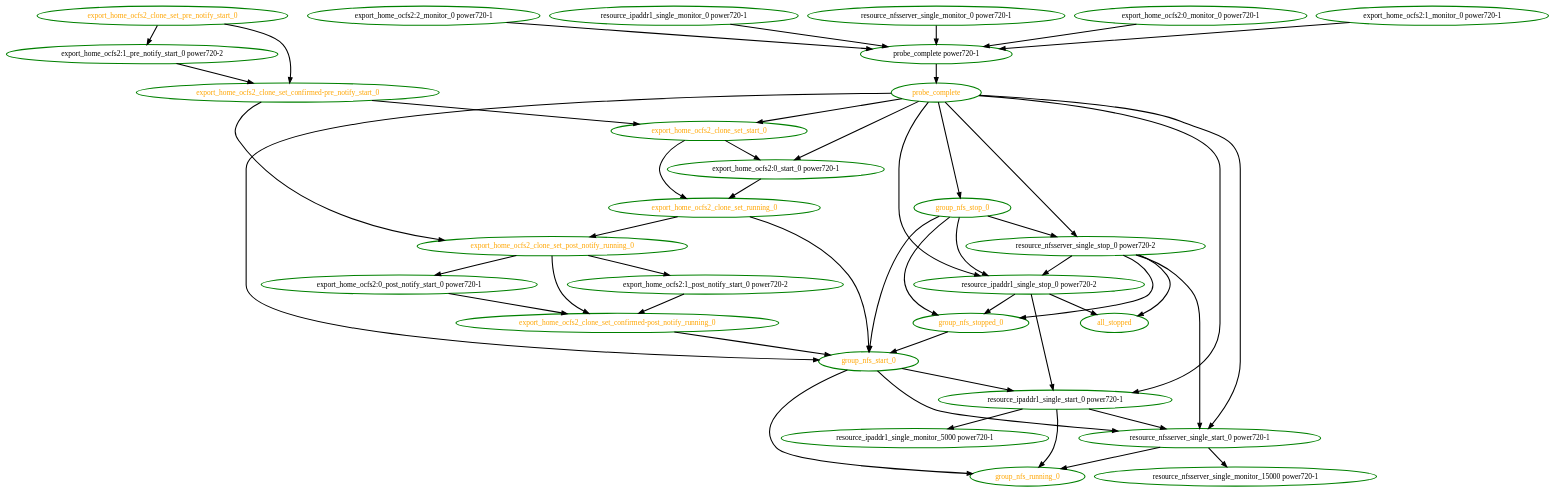
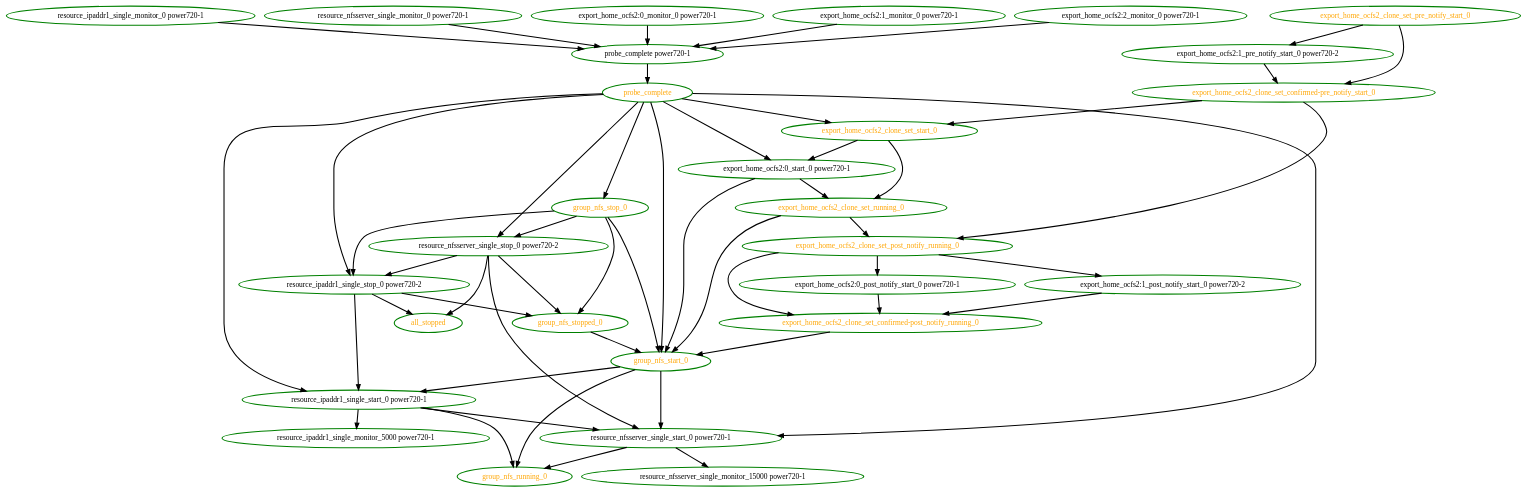
The diagram in pengine/test10/bug-n-387749.dot (linux-ha-japan/pm_diskd), drawn with Graphviz before and after one commit. The commit also changed 4 other files, not shown here.

```diff
--- a/pengine/test10/bug-n-387749.dot
+++ b/pengine/test10/bug-n-387749.dot
@@ -1,80 +1,81 @@
 digraph "g" {
 "all_stopped" [ style=bold color="green" fontcolor="orange"  ]
 "export_home_ocfs2:0_monitor_0 power720-1" -> "probe_complete power720-1" [ style = bold]
 "export_home_ocfs2:0_monitor_0 power720-1" [ style=bold color="green" fontcolor="black"  ]
 "export_home_ocfs2:0_post_notify_start_0 power720-1" -> "export_home_ocfs2_clone_set_confirmed-post_notify_running_0" [ style = bold]
 "export_home_ocfs2:0_post_notify_start_0 power720-1" [ style=bold color="green" fontcolor="black"  ]
 "export_home_ocfs2:0_start_0 power720-1" -> "export_home_ocfs2_clone_set_running_0" [ style = bold]
+"export_home_ocfs2:0_start_0 power720-1" -> "group_nfs_start_0" [ style = bold]
 "export_home_ocfs2:0_start_0 power720-1" [ style=bold color="green" fontcolor="black"  ]
 "export_home_ocfs2:1_monitor_0 power720-1" -> "probe_complete power720-1" [ style = bold]
 "export_home_ocfs2:1_monitor_0 power720-1" [ style=bold color="green" fontcolor="black"  ]
 "export_home_ocfs2:1_post_notify_start_0 power720-2" -> "export_home_ocfs2_clone_set_confirmed-post_notify_running_0" [ style = bold]
 "export_home_ocfs2:1_post_notify_start_0 power720-2" [ style=bold color="green" fontcolor="black"  ]
 "export_home_ocfs2:1_pre_notify_start_0 power720-2" -> "export_home_ocfs2_clone_set_confirmed-pre_notify_start_0" [ style = bold]
 "export_home_ocfs2:1_pre_notify_start_0 power720-2" [ style=bold color="green" fontcolor="black"  ]
 "export_home_ocfs2:2_monitor_0 power720-1" -> "probe_complete power720-1" [ style = bold]
 "export_home_ocfs2:2_monitor_0 power720-1" [ style=bold color="green" fontcolor="black"  ]
 "export_home_ocfs2_clone_set_confirmed-post_notify_running_0" -> "group_nfs_start_0" [ style = bold]
 "export_home_ocfs2_clone_set_confirmed-post_notify_running_0" [ style=bold color="green" fontcolor="orange"  ]
 "export_home_ocfs2_clone_set_confirmed-pre_notify_start_0" -> "export_home_ocfs2_clone_set_post_notify_running_0" [ style = bold]
 "export_home_ocfs2_clone_set_confirmed-pre_notify_start_0" -> "export_home_ocfs2_clone_set_start_0" [ style = bold]
 "export_home_ocfs2_clone_set_confirmed-pre_notify_start_0" [ style=bold color="green" fontcolor="orange"  ]
 "export_home_ocfs2_clone_set_post_notify_running_0" -> "export_home_ocfs2:0_post_notify_start_0 power720-1" [ style = bold]
 "export_home_ocfs2_clone_set_post_notify_running_0" -> "export_home_ocfs2:1_post_notify_start_0 power720-2" [ style = bold]
 "export_home_ocfs2_clone_set_post_notify_running_0" -> "export_home_ocfs2_clone_set_confirmed-post_notify_running_0" [ style = bold]
 "export_home_ocfs2_clone_set_post_notify_running_0" [ style=bold color="green" fontcolor="orange"  ]
 "export_home_ocfs2_clone_set_pre_notify_start_0" -> "export_home_ocfs2:1_pre_notify_start_0 power720-2" [ style = bold]
 "export_home_ocfs2_clone_set_pre_notify_start_0" -> "export_home_ocfs2_clone_set_confirmed-pre_notify_start_0" [ style = bold]
 "export_home_ocfs2_clone_set_pre_notify_start_0" [ style=bold color="green" fontcolor="orange"  ]
 "export_home_ocfs2_clone_set_running_0" -> "export_home_ocfs2_clone_set_post_notify_running_0" [ style = bold]
 "export_home_ocfs2_clone_set_running_0" -> "group_nfs_start_0" [ style = bold]
 "export_home_ocfs2_clone_set_running_0" [ style=bold color="green" fontcolor="orange"  ]
 "export_home_ocfs2_clone_set_start_0" -> "export_home_ocfs2:0_start_0 power720-1" [ style = bold]
 "export_home_ocfs2_clone_set_start_0" -> "export_home_ocfs2_clone_set_running_0" [ style = bold]
 "export_home_ocfs2_clone_set_start_0" [ style=bold color="green" fontcolor="orange"  ]
 "group_nfs_running_0" [ style=bold color="green" fontcolor="orange"  ]
 "group_nfs_start_0" -> "group_nfs_running_0" [ style = bold]
 "group_nfs_start_0" -> "resource_ipaddr1_single_start_0 power720-1" [ style = bold]
 "group_nfs_start_0" -> "resource_nfsserver_single_start_0 power720-1" [ style = bold]
 "group_nfs_start_0" [ style=bold color="green" fontcolor="orange"  ]
 "group_nfs_stop_0" -> "group_nfs_start_0" [ style = bold]
 "group_nfs_stop_0" -> "group_nfs_stopped_0" [ style = bold]
 "group_nfs_stop_0" -> "resource_ipaddr1_single_stop_0 power720-2" [ style = bold]
 "group_nfs_stop_0" -> "resource_nfsserver_single_stop_0 power720-2" [ style = bold]
 "group_nfs_stop_0" [ style=bold color="green" fontcolor="orange"  ]
 "group_nfs_stopped_0" -> "group_nfs_start_0" [ style = bold]
 "group_nfs_stopped_0" [ style=bold color="green" fontcolor="orange"  ]
 "probe_complete power720-1" -> "probe_complete" [ style = bold]
 "probe_complete power720-1" [ style=bold color="green" fontcolor="black"  ]
 "probe_complete" -> "export_home_ocfs2:0_start_0 power720-1" [ style = bold]
 "probe_complete" -> "export_home_ocfs2_clone_set_start_0" [ style = bold]
 "probe_complete" -> "group_nfs_start_0" [ style = bold]
 "probe_complete" -> "group_nfs_stop_0" [ style = bold]
 "probe_complete" -> "resource_ipaddr1_single_start_0 power720-1" [ style = bold]
 "probe_complete" -> "resource_ipaddr1_single_stop_0 power720-2" [ style = bold]
 "probe_complete" -> "resource_nfsserver_single_start_0 power720-1" [ style = bold]
 "probe_complete" -> "resource_nfsserver_single_stop_0 power720-2" [ style = bold]
 "probe_complete" [ style=bold color="green" fontcolor="orange"  ]
 "resource_ipaddr1_single_monitor_0 power720-1" -> "probe_complete power720-1" [ style = bold]
 "resource_ipaddr1_single_monitor_0 power720-1" [ style=bold color="green" fontcolor="black"  ]
 "resource_ipaddr1_single_monitor_5000 power720-1" [ style=bold color="green" fontcolor="black"  ]
 "resource_ipaddr1_single_start_0 power720-1" -> "group_nfs_running_0" [ style = bold]
 "resource_ipaddr1_single_start_0 power720-1" -> "resource_ipaddr1_single_monitor_5000 power720-1" [ style = bold]
 "resource_ipaddr1_single_start_0 power720-1" -> "resource_nfsserver_single_start_0 power720-1" [ style = bold]
 "resource_ipaddr1_single_start_0 power720-1" [ style=bold color="green" fontcolor="black"  ]
 "resource_ipaddr1_single_stop_0 power720-2" -> "all_stopped" [ style = bold]
 "resource_ipaddr1_single_stop_0 power720-2" -> "group_nfs_stopped_0" [ style = bold]
 "resource_ipaddr1_single_stop_0 power720-2" -> "resource_ipaddr1_single_start_0 power720-1" [ style = bold]
 "resource_ipaddr1_single_stop_0 power720-2" [ style=bold color="green" fontcolor="black"  ]
 "resource_nfsserver_single_monitor_0 power720-1" -> "probe_complete power720-1" [ style = bold]
 "resource_nfsserver_single_monitor_0 power720-1" [ style=bold color="green" fontcolor="black"  ]
 "resource_nfsserver_single_monitor_15000 power720-1" [ style=bold color="green" fontcolor="black"  ]
 "resource_nfsserver_single_start_0 power720-1" -> "group_nfs_running_0" [ style = bold]
 "resource_nfsserver_single_start_0 power720-1" -> "resource_nfsserver_single_monitor_15000 power720-1" [ style = bold]
 "resource_nfsserver_single_start_0 power720-1" [ style=bold color="green" fontcolor="black"  ]
 "resource_nfsserver_single_stop_0 power720-2" -> "all_stopped" [ style = bold]
 "resource_nfsserver_single_stop_0 power720-2" -> "group_nfs_stopped_0" [ style = bold]
 "resource_nfsserver_single_stop_0 power720-2" -> "resource_ipaddr1_single_stop_0 power720-2" [ style = bold]
 "resource_nfsserver_single_stop_0 power720-2" -> "resource_nfsserver_single_start_0 power720-1" [ style = bold]
 "resource_nfsserver_single_stop_0 power720-2" [ style=bold color="green" fontcolor="black"  ]
 }
```
